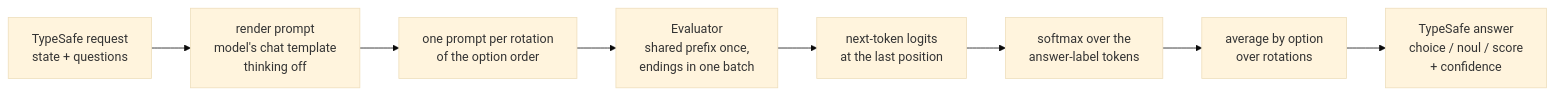
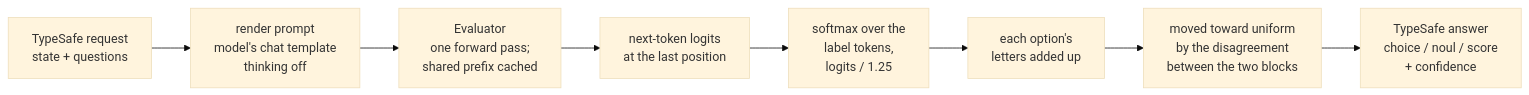
The diagram in docs/RESULTS.md (Mushroom-Systems/lichen), drawn with Mermaid (base theme) before and after one commit. The commit also changed other lines of this file and 13 other files, not shown here.

````diff
--- a/docs/RESULTS.md
+++ b/docs/RESULTS.md
@@ -15,10 +22,10 @@
 ```mermaid
 flowchart LR
     R["TypeSafe request<br/>state + questions"] --> P["render prompt<br/>model's chat template<br/>thinking off"]
-    P --> V["one prompt per rotation<br/>of the option order"]
-    V --> E["Evaluator<br/>shared prefix once,<br/>endings in one batch"]
+    P --> E["Evaluator<br/>one forward pass;<br/>shared prefix cached"]
     E --> L["next-token logits<br/>at the last position"]
-    L --> S["softmax over the<br/>answer-label tokens"]
-    S --> A["average by option<br/>over rotations"]
-    A --> O["TypeSafe answer<br/>choice / noul / score<br/>+ confidence"]
+    L --> S["softmax over the<br/>label tokens,<br/>logits / 1.25"]
+    S --> A["each option's<br/>letters added up"]
+    A --> K["moved toward uniform<br/>by the disagreement<br/>between the two blocks"]
+    K --> O["TypeSafe answer<br/>choice / noul / score<br/>+ confidence"]
 ```
````
